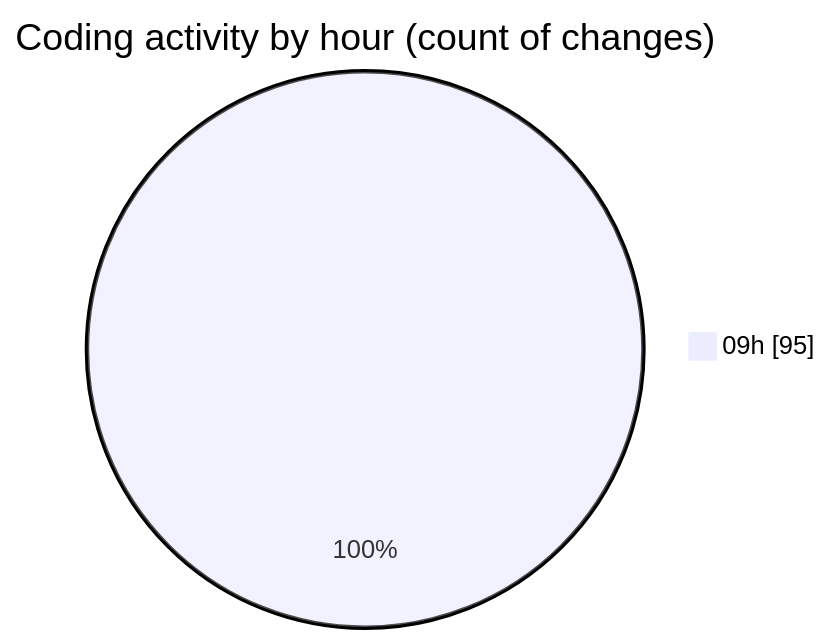
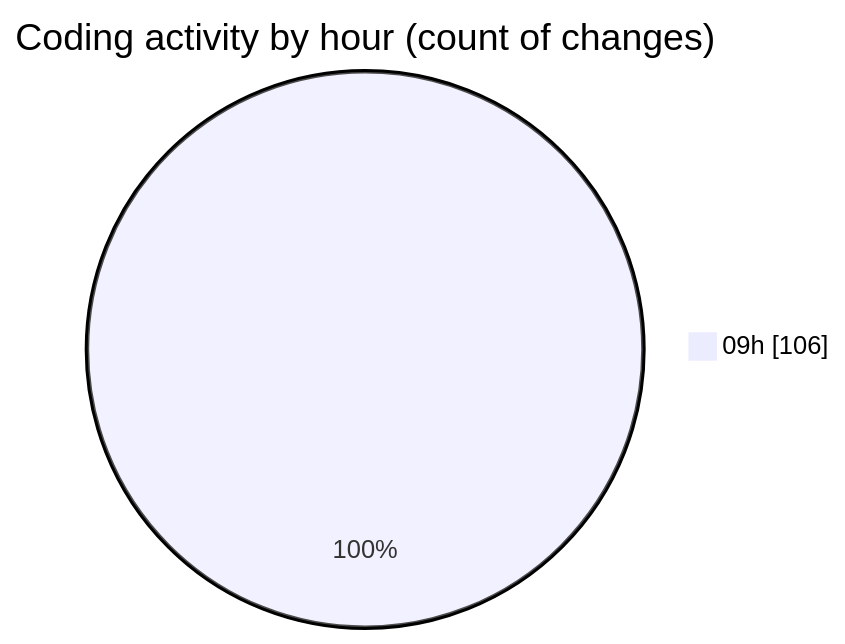
One commit to momahboobian/code-tracking changed the second of 2 diagrams in 2026-09-16/cda/README.md. Above: the diagram before and after it, drawn with Mermaid. The commit also changed other lines of this file and 1 other file, not shown here.

````diff
--- a/2026-09-16/cda/README.md
+++ b/2026-09-16/cda/README.md
@@ -58,5 +59,5 @@
 ```mermaid
 pie showData
 title Coding activity by hour (count of changes)
-"09h" : 95
+"09h" : 106
 ```
````
